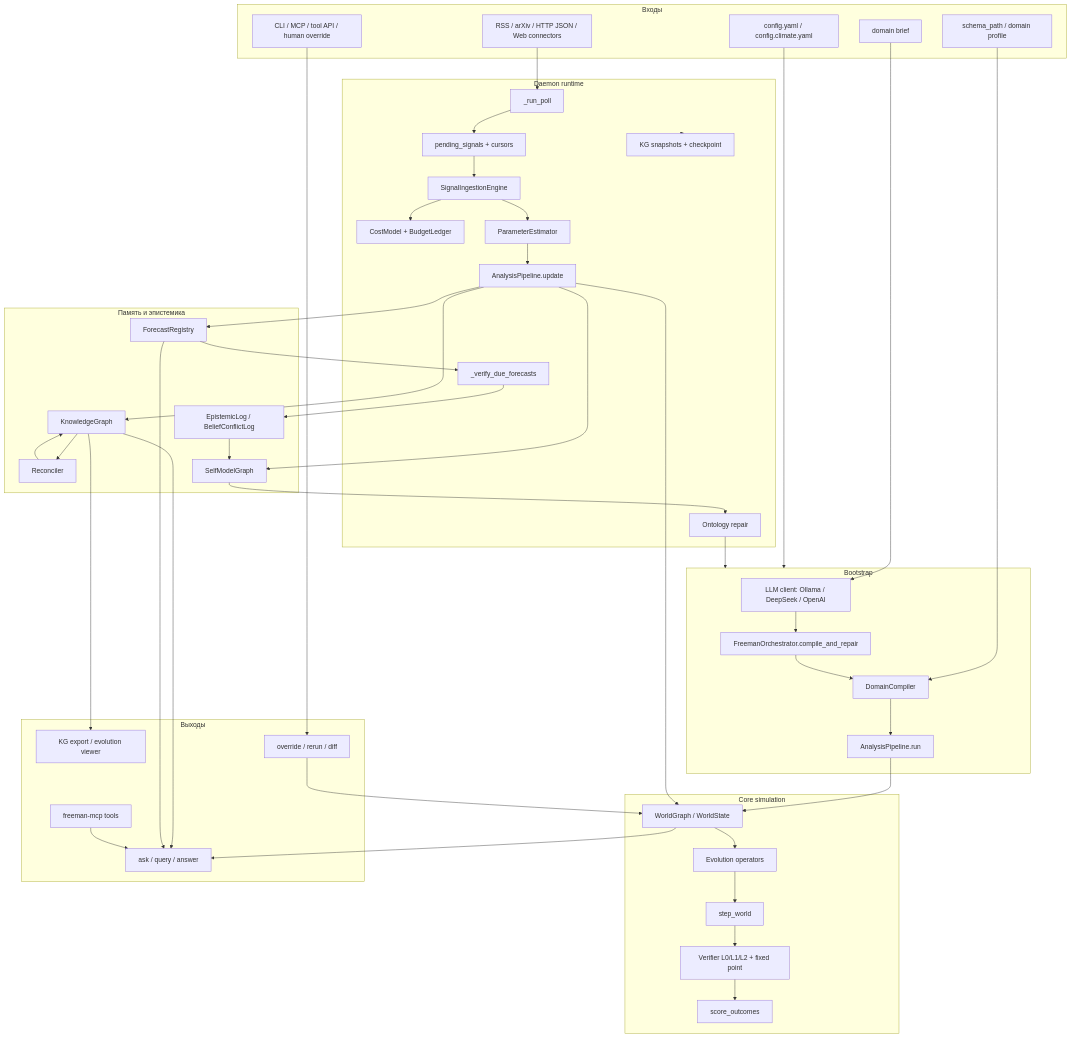
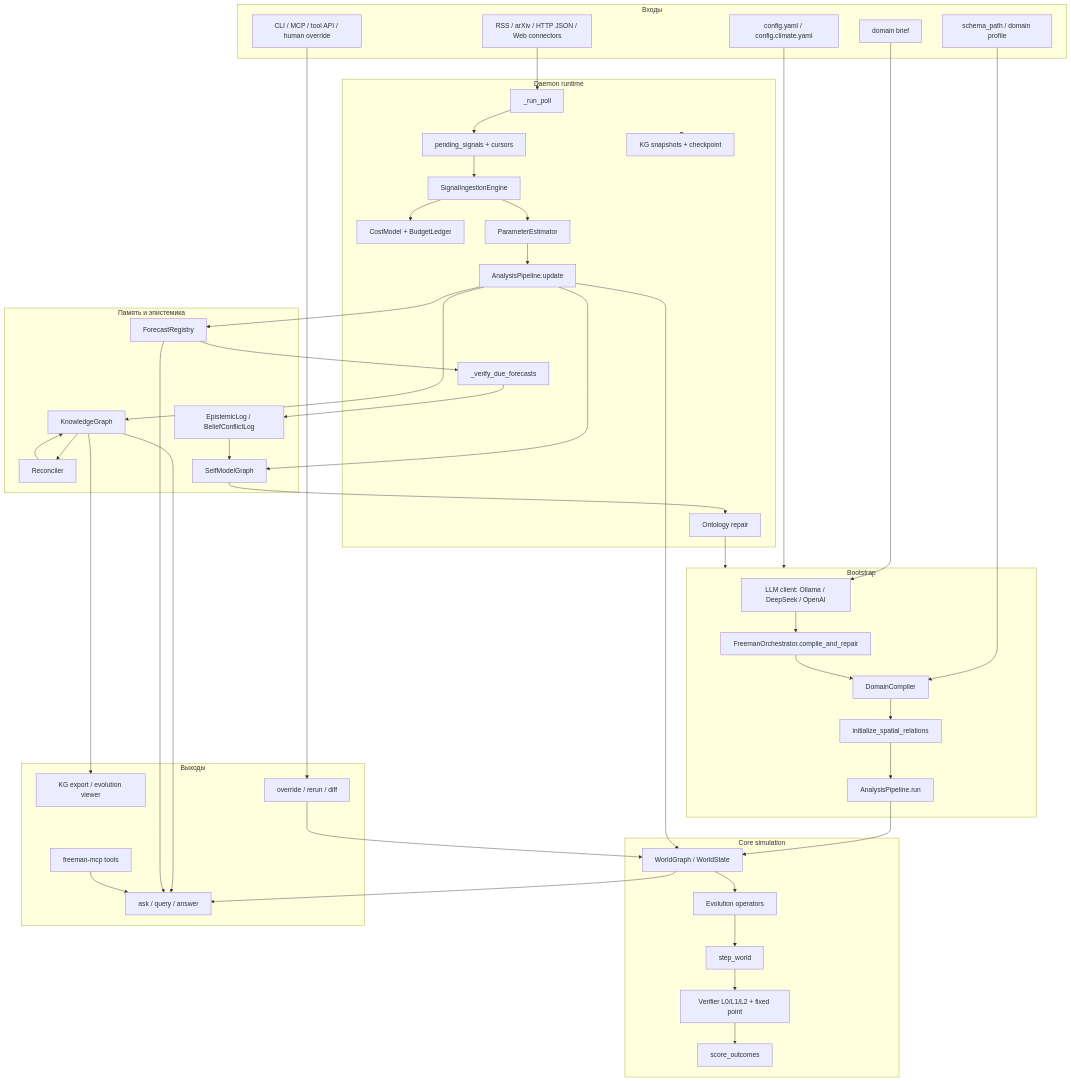
The first of 10 diagrams in docs/FREEMAN_FULL_ARCHITECTURE.md (Theclimateguy/Freeman), drawn with Mermaid before and after one commit. The commit also changed other lines of this file and 61 other files, not shown here.

````diff
--- a/docs/FREEMAN_FULL_ARCHITECTURE.md
+++ b/docs/FREEMAN_FULL_ARCHITECTURE.md
@@ -48,72 +49,73 @@
 ```mermaid
 flowchart TB
     subgraph Inputs["Входы"]
         CFG["config.yaml / config.climate.yaml"]
         SCHEMA["schema_path / domain profile"]
         BRIEF["domain brief"]
         SRC["RSS / arXiv / HTTP JSON / Web connectors"]
         CLI["CLI / MCP / tool API / human override"]
     end
 
     subgraph Bootstrap["Bootstrap"]
         LLM["LLM client: Ollama / DeepSeek / OpenAI"]
         ORCH["FreemanOrchestrator.compile_and_repair"]
         COMP["DomainCompiler"]
+        SPATIAL["initialize_spatial_relations"]
         INITRUN["AnalysisPipeline.run"]
     end
 
     subgraph Runtime["Daemon runtime"]
         POLL["_run_poll"]
         QUEUE["pending_signals + cursors"]
         INGEST["SignalIngestionEngine"]
         BUDGET["CostModel + BudgetLedger"]
         EST["ParameterEstimator"]
         UPDATE["AnalysisPipeline.update"]
         VERIFYDUE["_verify_due_forecasts"]
         REPAIR["Ontology repair"]
         SNAP["KG snapshots + checkpoint"]
     end
 
     subgraph Simulation["Core simulation"]
         WORLD["WorldGraph / WorldState"]
         EVOL["Evolution operators"]
         STEP["step_world"]
         SCORE["score_outcomes"]
         VER["Verifier L0/L1/L2 + fixed point"]
     end
 
     subgraph Memory["Память и эпистемика"]
         KG["KnowledgeGraph"]
         REC["Reconciler"]
         FREG["ForecastRegistry"]
         ELOG["EpistemicLog / BeliefConflictLog"]
         SM["SelfModelGraph"]
     end
 
     subgraph Interface["Выходы"]
         ASK["ask / query / answer"]
         EXPORT["KG export / evolution viewer"]
         MCP["freeman-mcp tools"]
         DIFF["override / rerun / diff"]
     end
 
     CFG --> Bootstrap
     SCHEMA --> COMP
     BRIEF --> LLM --> ORCH --> COMP
-    COMP --> INITRUN
+    COMP --> SPATIAL --> INITRUN
     INITRUN --> WORLD
     SRC --> POLL --> QUEUE --> INGEST --> BUDGET
     INGEST --> EST --> UPDATE
     UPDATE --> WORLD --> EVOL --> STEP --> VER --> SCORE
     UPDATE --> KG --> REC --> KG
     UPDATE --> FREG --> VERIFYDUE --> ELOG --> SM
     UPDATE --> SM
     SM --> REPAIR --> Bootstrap
     Runtime --> SNAP
     KG --> ASK
     KG --> EXPORT
     FREG --> ASK
     WORLD --> ASK
     CLI --> DIFF --> WORLD
     MCP --> ASK
 ```
````
